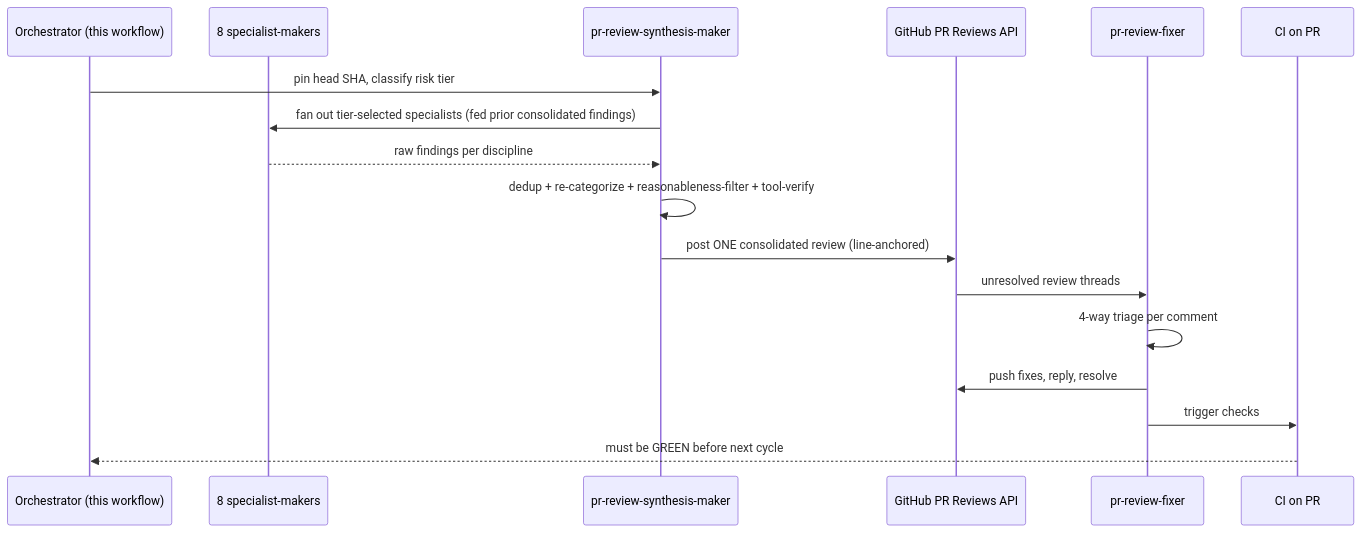
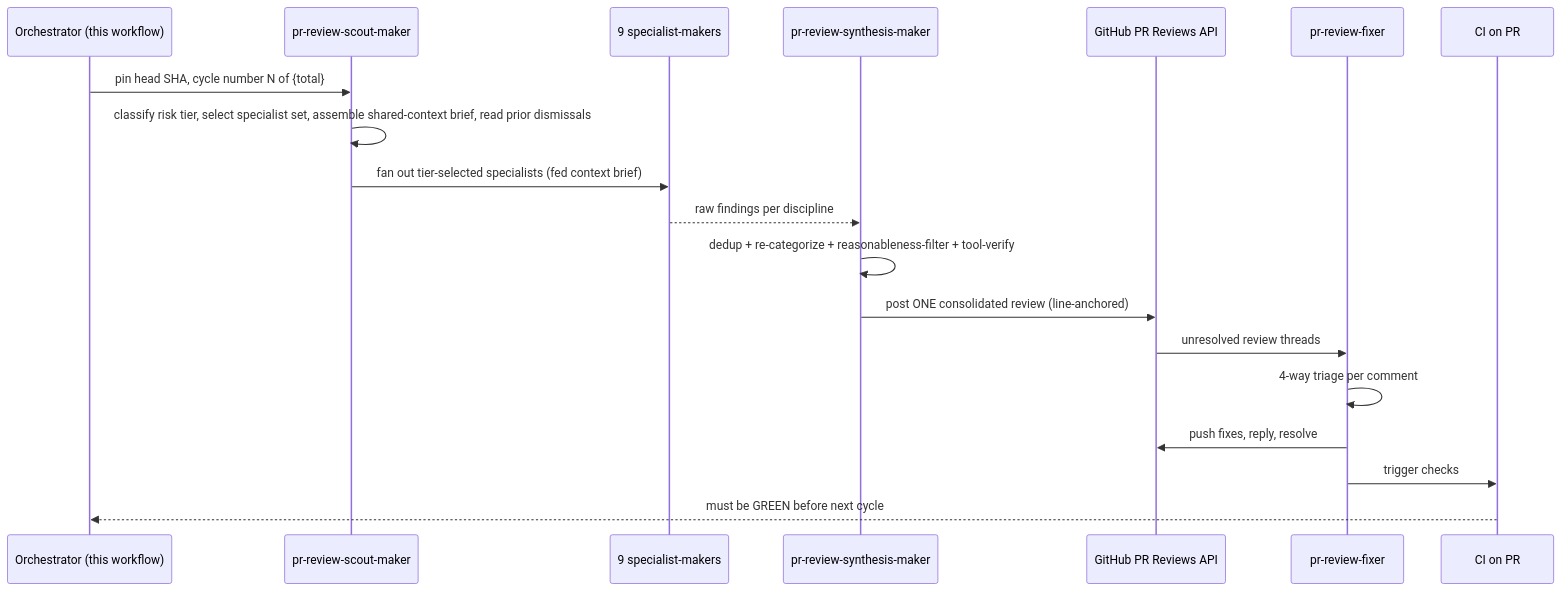
Before and after one commit to wahidyankf/open-sharia-fintech: the second of 3 diagrams in repo-governance/workflows/pr/pr-review-quality-gate.md, drawn with Mermaid. The commit also changed other lines of this file, not shown here.

First line of the commit message:
docs(workflow): wire scout-first pipeline into PR review quality gate

````diff
--- a/repo-governance/workflows/pr/pr-review-quality-gate.md
+++ b/repo-governance/workflows/pr/pr-review-quality-gate.md
@@ -151,20 +160,22 @@
 ```mermaid
 sequenceDiagram
   participant O as Orchestrator (this workflow)
-  participant SP as 8 specialist-makers
+  participant SC as pr-review-scout-maker
+  participant SP as 9 specialist-makers
   participant SY as pr-review-synthesis-maker
   participant GH as GitHub PR Reviews API
   participant F as pr-review-fixer
   participant CI as CI on PR
 
-  O->>SY: pin head SHA, classify risk tier
-  SY->>SP: fan out tier-selected specialists (fed prior consolidated findings)
+  O->>SC: pin head SHA, cycle number N of {total}
+  SC->>SC: classify risk tier, select specialist set, assemble shared-context brief, read prior dismissals
+  SC->>SP: fan out tier-selected specialists (fed context brief)
   SP-->>SY: raw findings per discipline
   SY->>SY: dedup + re-categorize + reasonableness-filter + tool-verify
   SY->>GH: post ONE consolidated review (line-anchored)
   GH->>F: unresolved review threads
   F->>F: 4-way triage per comment
   F->>GH: push fixes, reply, resolve
   F->>CI: trigger checks
   CI-->>O: must be GREEN before next cycle
 ```
````
